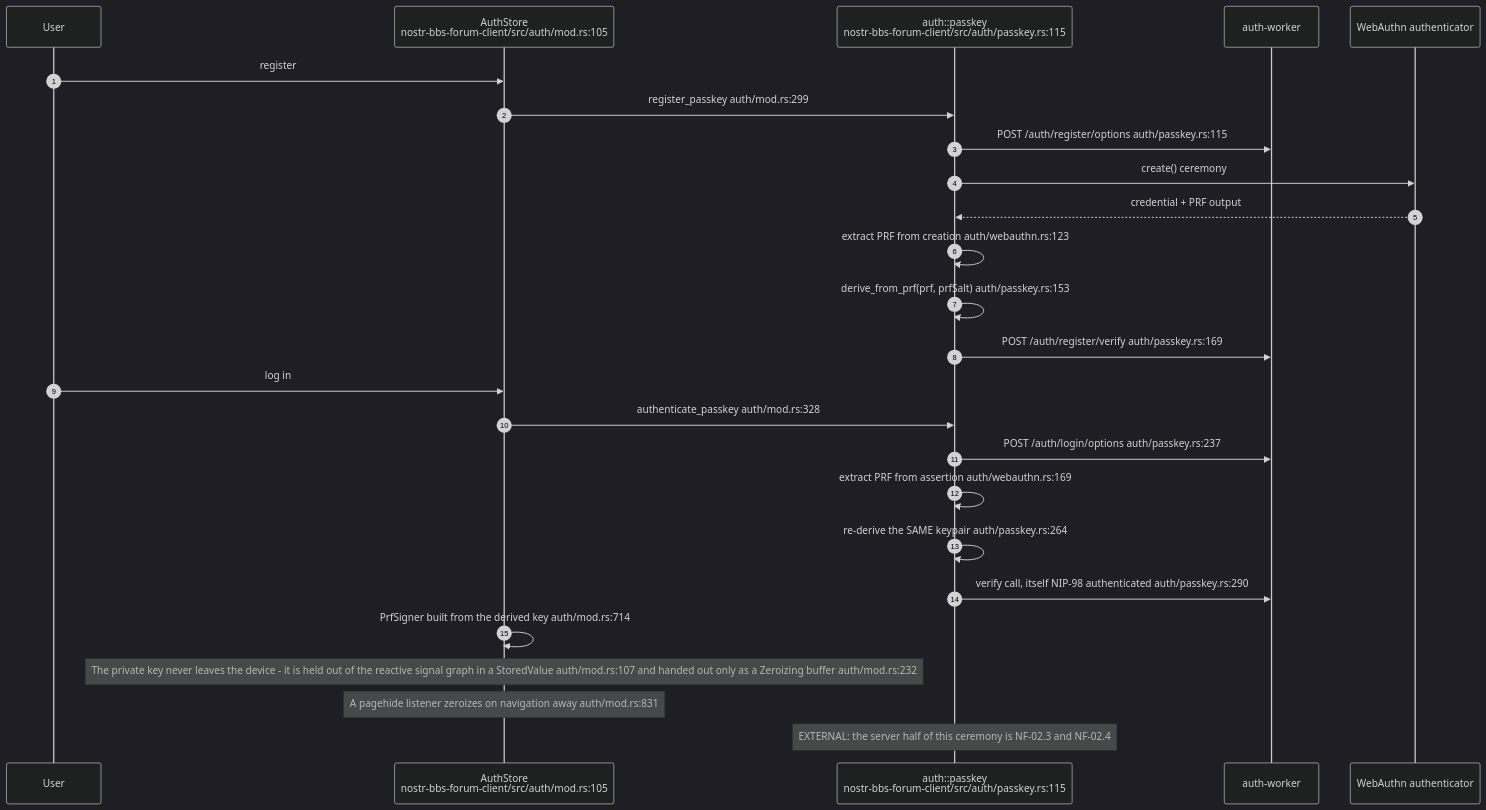
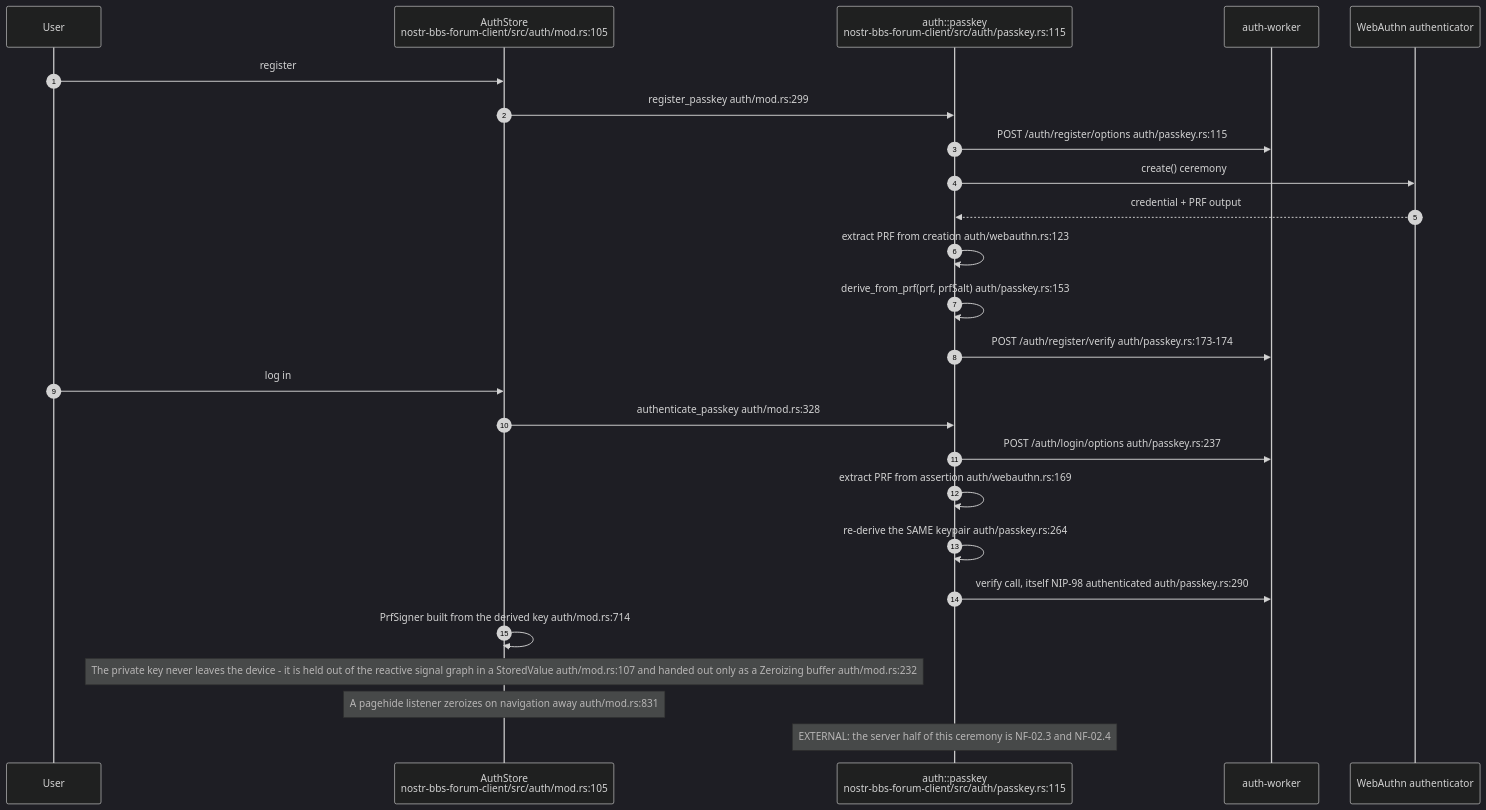
One commit to DreamLab-AI/VisionFlow changed the third of 17 diagrams in docs/diagrams/nostr-rust-forum/05-leptos-clients-onboarding-messaging-governance.md. Above: the diagram before and after it, drawn with Mermaid (dark theme). The commit also changed 39 other files, not shown here.

````diff
--- a/docs/diagrams/nostr-rust-forum/05-leptos-clients-onboarding-messaging-governance.md
+++ b/docs/diagrams/nostr-rust-forum/05-leptos-clients-onboarding-messaging-governance.md
@@ -133,29 +133,29 @@
 ```mermaid
 sequenceDiagram
     autonumber
     participant U as User
     participant AS as AuthStore<br/>nostr-bbs-forum-client/src/auth/mod.rs:105
     participant PK as auth::passkey<br/>nostr-bbs-forum-client/src/auth/passkey.rs:115
     participant AW as auth-worker
     participant WA as WebAuthn authenticator
 
     U->>AS: register
     AS->>PK: register_passkey auth/mod.rs:299
     PK->>AW: POST /auth/register/options auth/passkey.rs:115
     PK->>WA: create() ceremony
     WA-->>PK: credential + PRF output
     PK->>PK: extract PRF from creation auth/webauthn.rs:123
     PK->>PK: derive_from_prf(prf, prfSalt) auth/passkey.rs:153
-    PK->>AW: POST /auth/register/verify auth/passkey.rs:169
+    PK->>AW: POST /auth/register/verify auth/passkey.rs:173-174
     U->>AS: log in
     AS->>PK: authenticate_passkey auth/mod.rs:328
     PK->>AW: POST /auth/login/options auth/passkey.rs:237
     PK->>PK: extract PRF from assertion auth/webauthn.rs:169
     PK->>PK: re-derive the SAME keypair auth/passkey.rs:264
     PK->>AW: verify call, itself NIP-98 authenticated auth/passkey.rs:290
     AS->>AS: PrfSigner built from the derived key auth/mod.rs:714
 
     Note over AS: The private key never leaves the device - it is held out of the reactive signal graph in a StoredValue auth/mod.rs:107 and handed out only as a Zeroizing buffer auth/mod.rs:232
     Note over AS: A pagehide listener zeroizes on navigation away auth/mod.rs:831
     Note over PK: EXTERNAL: the server half of this ceremony is NF-02.3 and NF-02.4
 ```
````
